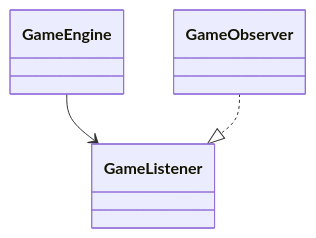
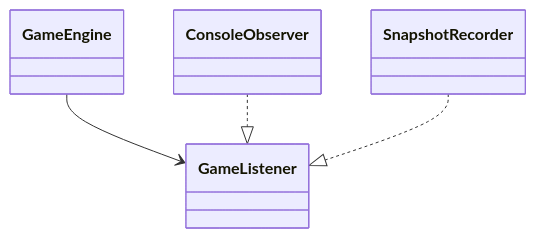
Before and after one commit to daniel140280/Daniel_Hall_23748364: the sixth of 8 diagrams in README.md, drawn with Mermaid. The commit also changed other lines of this file, not shown here.

````diff
--- a/README.md
+++ b/README.md
@@ -197,5 +286,6 @@
 ```mermaid
 classDiagram
     GameEngine --> GameListener
-    GameObserver ..|> GameListener
+    ConsoleObserver ..|> GameListener
+    SnapshotRecorder ..|> GameListener
 ```
````
